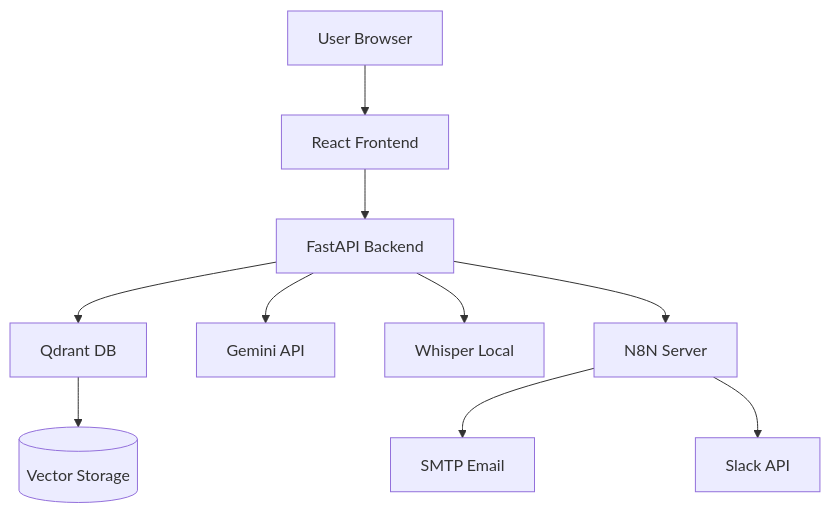
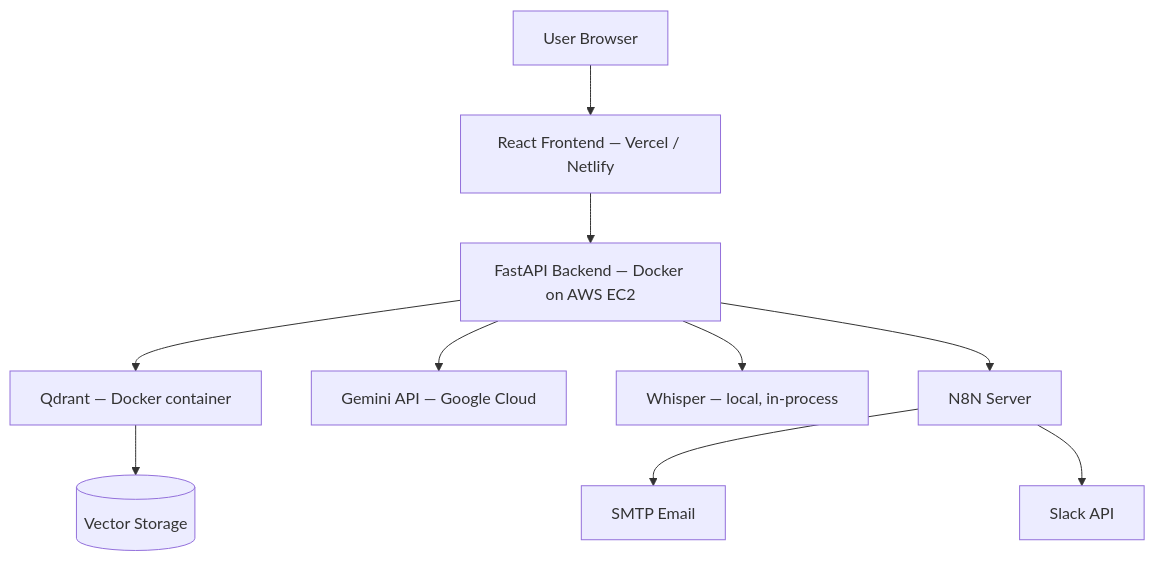
Before and after one commit to nngo23/Implementing-IoT-Pipeline: the third of 3 diagrams in Candidate_Search_System/docs/ARCHITECTURE.md, drawn with Mermaid. The commit also changed other lines of this file and 22 other files, not shown here.

````diff
--- a/Candidate_Search_System/docs/ARCHITECTURE.md
+++ b/Candidate_Search_System/docs/ARCHITECTURE.md
@@ -215,17 +236,17 @@
 ```mermaid
 flowchart TD
-A[User Browser] --> B[React Frontend]
+    A[User Browser] --> B[React Frontend — Vercel / Netlify]
 
-    B --> C[FastAPI Backend]
+    B --> C[FastAPI Backend — Docker on AWS EC2]
 
-    C --> D[Qdrant DB]
-    C --> E[Gemini API]
-    C --> F[Whisper Local]
+    C --> D[Qdrant — Docker container]
+    C --> E[Gemini API — Google Cloud]
+    C --> F[Whisper — local, in-process]
 
     C --> G[N8N Server]
 
     G --> H[SMTP Email]
     G --> I[Slack API]
 
     D --> J[(Vector Storage)]
 ```
````
